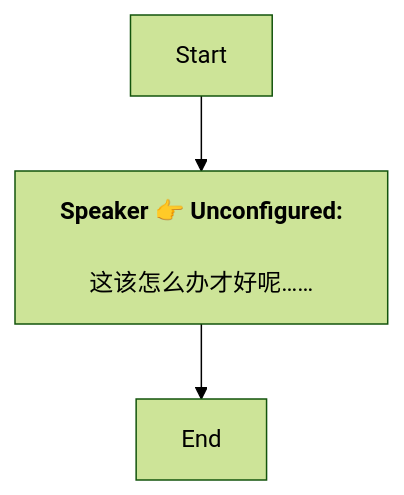
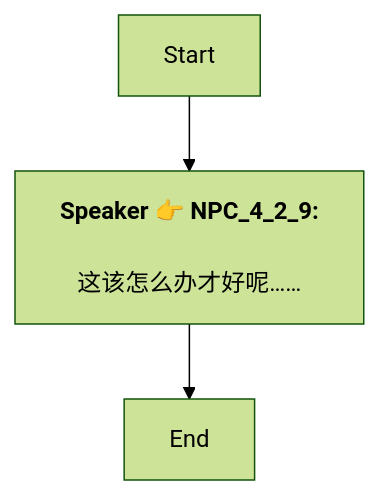
The diagram in Zh/Dialog_54771846761764.md (SoftHu/tos_avg), drawn with Mermaid (forest theme) before and after one commit. The commit also changed 737 other files, not shown here.

````diff
--- a/Zh/Dialog_54771846761764.md
+++ b/Zh/Dialog_54771846761764.md
@@ -1,8 +1,7 @@
 ```mermaid
 graph
-Start -->1752699266503469[<b>Speaker 👉 Unconfigured:</b>
-
-这该怎么办才好呢……]
+Start -->1752699266503469[<b>Speaker 👉 NPC_4_2_9:</b>
+\n这该怎么办才好呢……]
 1752699266503469 -->1752702125972284[End]
 
- ```
+```
````
